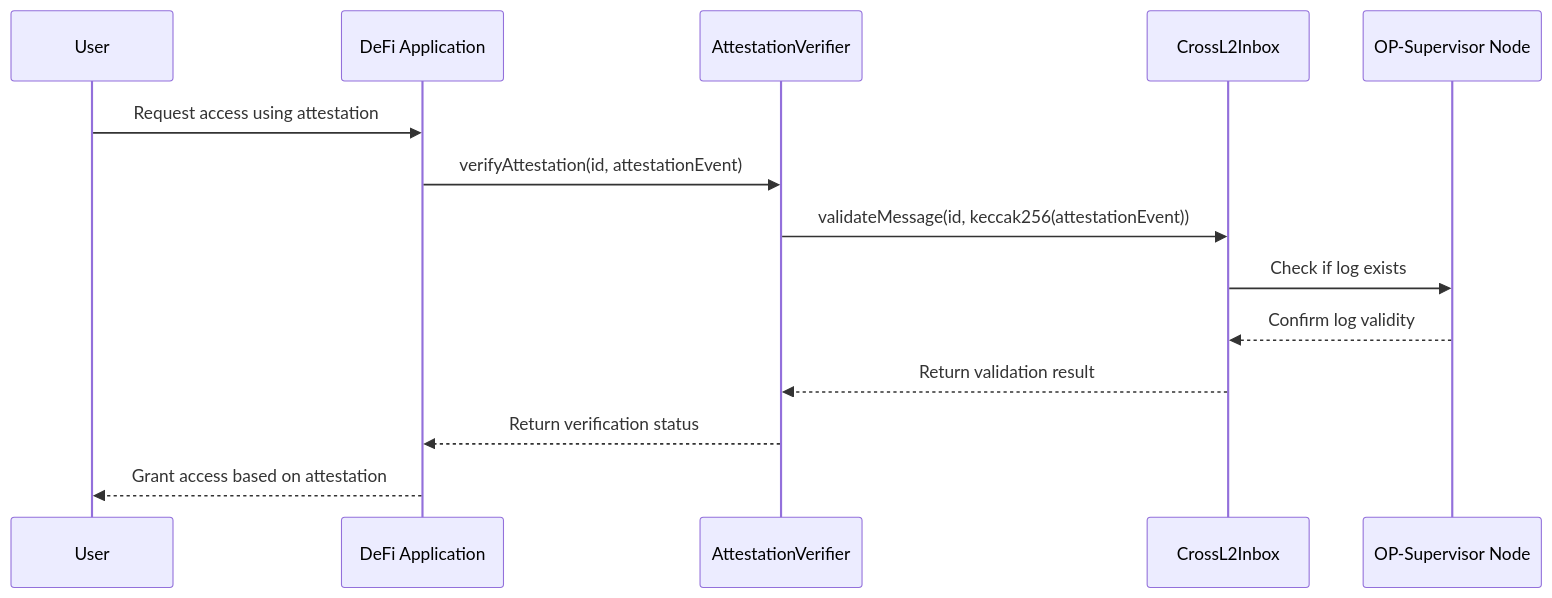
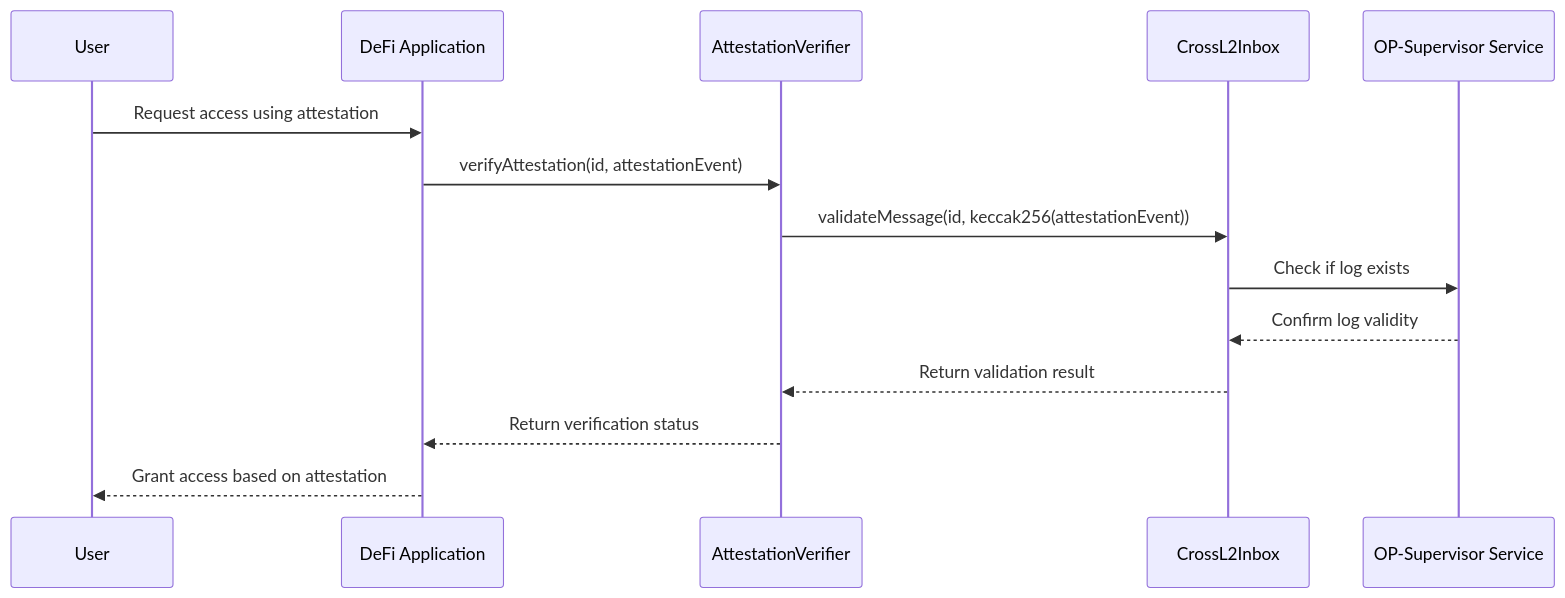
The second of 4 diagrams in pages/stack/interop/reading-logs.mdx (ethereum-optimism/docs), drawn with Mermaid before and after one commit. The commit also changed other lines of this file, not shown here.

````diff
--- a/pages/stack/interop/reading-logs.mdx
+++ b/pages/stack/interop/reading-logs.mdx
@@ -86,17 +86,17 @@
 ```mermaid
 sequenceDiagram
     participant User
     participant DeFi as DeFi Application
     participant Verifier as AttestationVerifier
     participant CrossL2 as CrossL2Inbox
-    participant OP as OP-Supervisor Node
+    participant OP as OP-Supervisor Service
     
     User->>DeFi: Request access using attestation
     DeFi->>Verifier: verifyAttestation(id, attestationEvent)
     Verifier->>CrossL2: validateMessage(id, keccak256(attestationEvent))
     CrossL2->>OP: Check if log exists
     OP-->>CrossL2: Confirm log validity
     CrossL2-->>Verifier: Return validation result
     Verifier-->>DeFi: Return verification status
     DeFi-->>User: Grant access based on attestation
 ```
````
